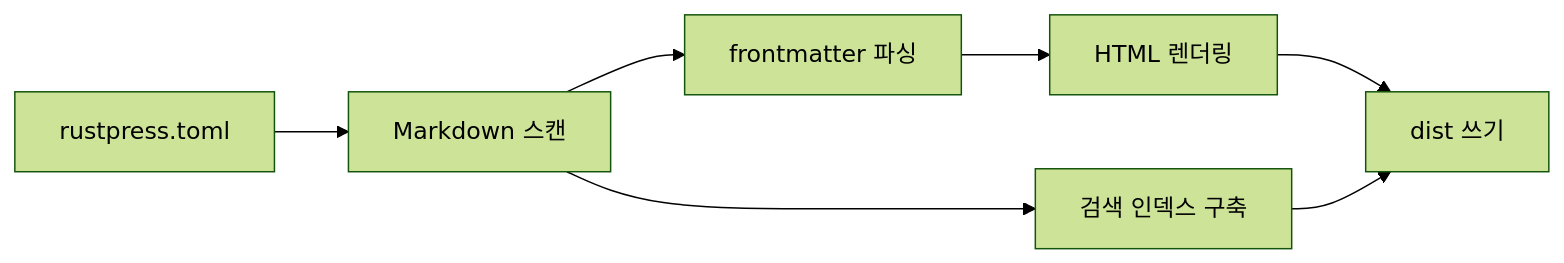
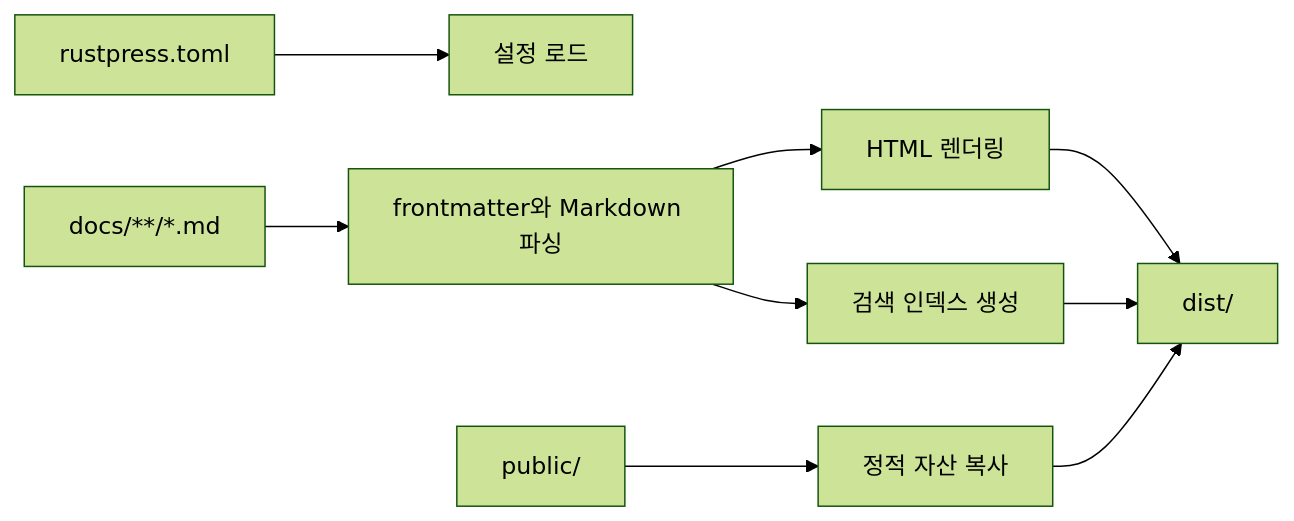
The diagram in docs/ko/index.md (ZenithInc/rust-press), drawn with Mermaid (forest theme) before and after one commit. The commit also changed other lines of this file and 42 other files, not shown here.

````diff
--- a/docs/ko/index.md
+++ b/docs/ko/index.md
@@ -23,9 +29,11 @@
 ```mermaid
 flowchart LR
-    A[rustpress.toml] --> B[Markdown 스캔]
-    B --> C[frontmatter 파싱]
-    C --> D[HTML 렌더링]
-    D --> E[dist 쓰기]
-    B --> F[검색 인덱스 구축]
-    F --> E
+    Config[rustpress.toml] --> Load[설정 로드]
+    Docs[docs/**/*.md] --> Parse[frontmatter와 Markdown 파싱]
+    Parse --> Render[HTML 렌더링]
+    Parse --> Search[검색 인덱스 생성]
+    Public[public/] --> Copy[정적 자산 복사]
+    Render --> Dist[dist/]
+    Search --> Dist
+    Copy --> Dist
 ```
````
